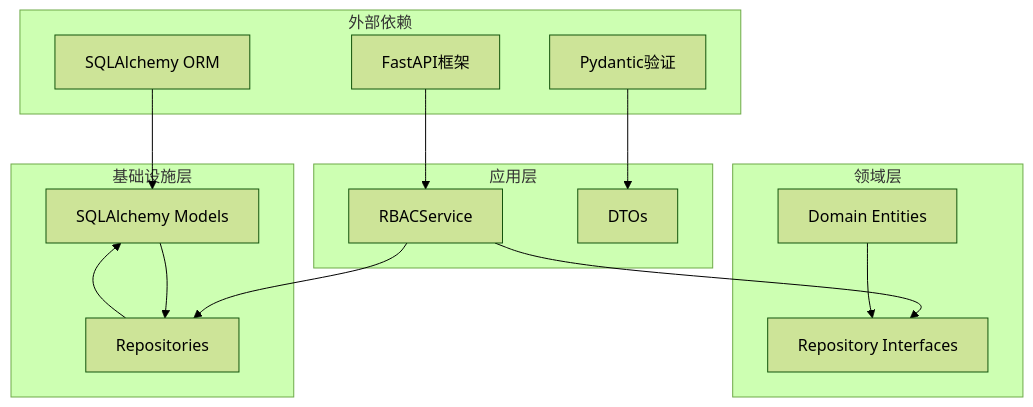
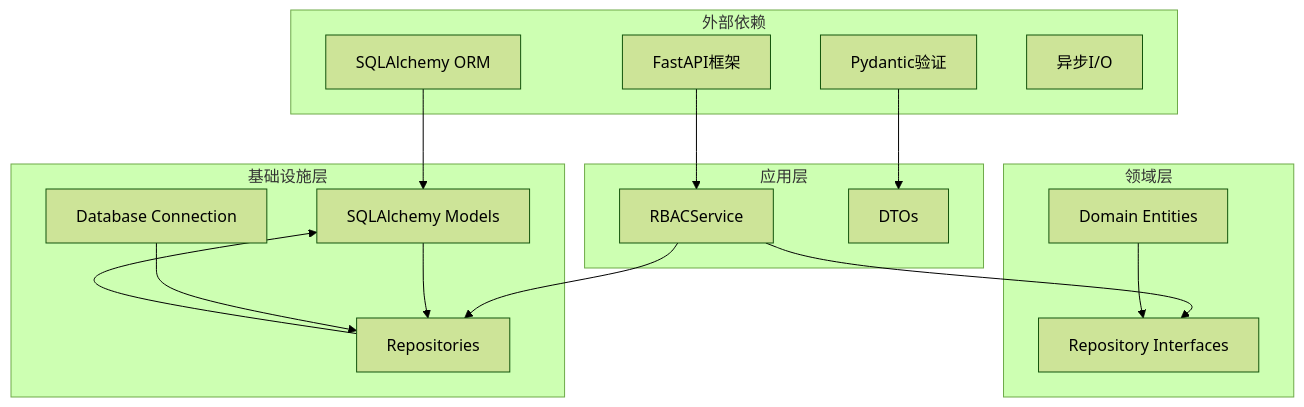
One commit to taoweidong/Hello-FastApi changed the eighth of 8 diagrams in .qoder/repowiki/zh/content/数据模型设计/RBAC实体模型.md. Above: the diagram before and after it, drawn with Mermaid (forest theme). The commit also changed other lines of this file and 11 other files, not shown here.

````diff
--- a/.qoder/repowiki/zh/content/数据模型设计/RBAC实体模型.md
+++ b/.qoder/repowiki/zh/content/数据模型设计/RBAC实体模型.md
@@ -441,28 +438,31 @@
 ```mermaid
 graph TD
 subgraph "外部依赖"
 SQLAlchemy[SQLAlchemy ORM]
 FastAPI[FastAPI框架]
 Pydantic[Pydantic验证]
+AsyncIO[异步I/O]
 end
 subgraph "应用层"
 RBACService[RBACService]
 DTOs[DTOs]
 end
 subgraph "领域层"
 DomainEntities[Domain Entities]
 Interfaces[Repository Interfaces]
 end
 subgraph "基础设施层"
 SQLModels[SQLAlchemy Models]
 Repositories[Repositories]
+DBConnection[Database Connection]
 end
 SQLAlchemy --> SQLModels
 FastAPI --> RBACService
 Pydantic --> DTOs
 RBACService --> Interfaces
 RBACService --> Repositories
 Repositories --> SQLModels
 DomainEntities --> Interfaces
 SQLModels --> Repositories
+DBConnection --> Repositories
 ```
````
